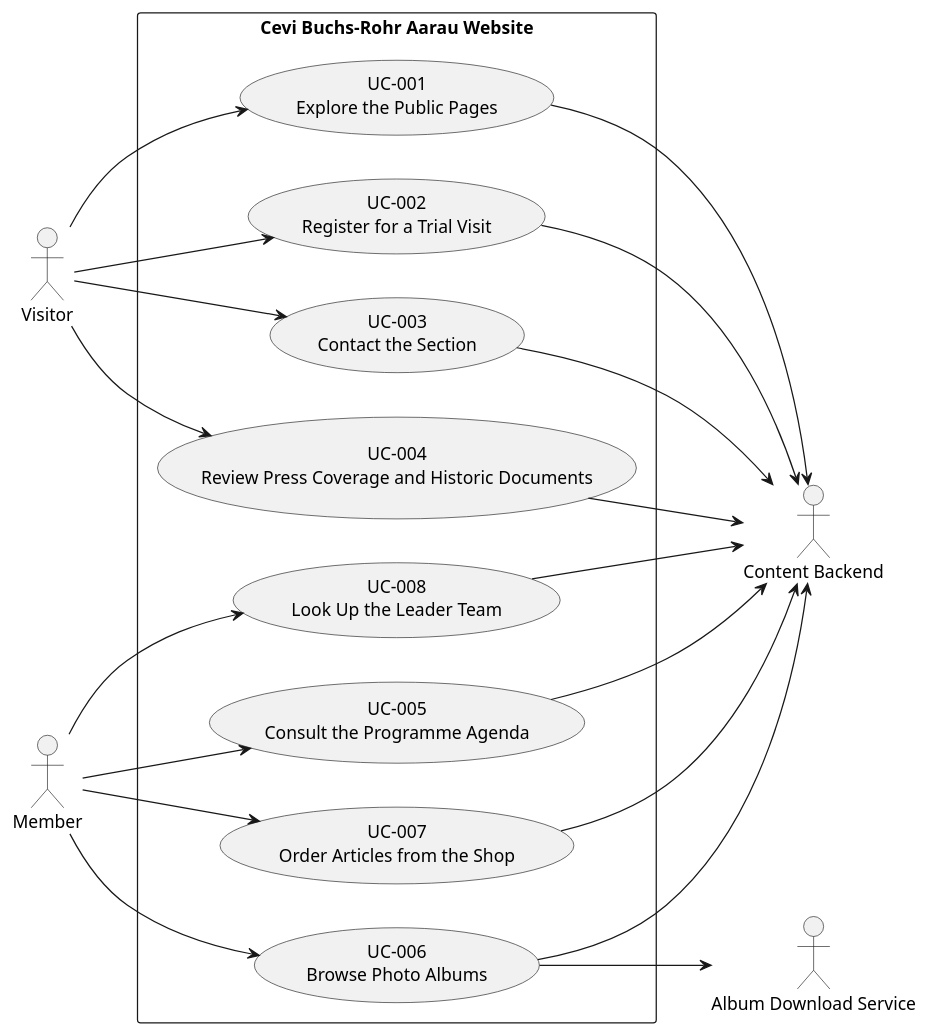
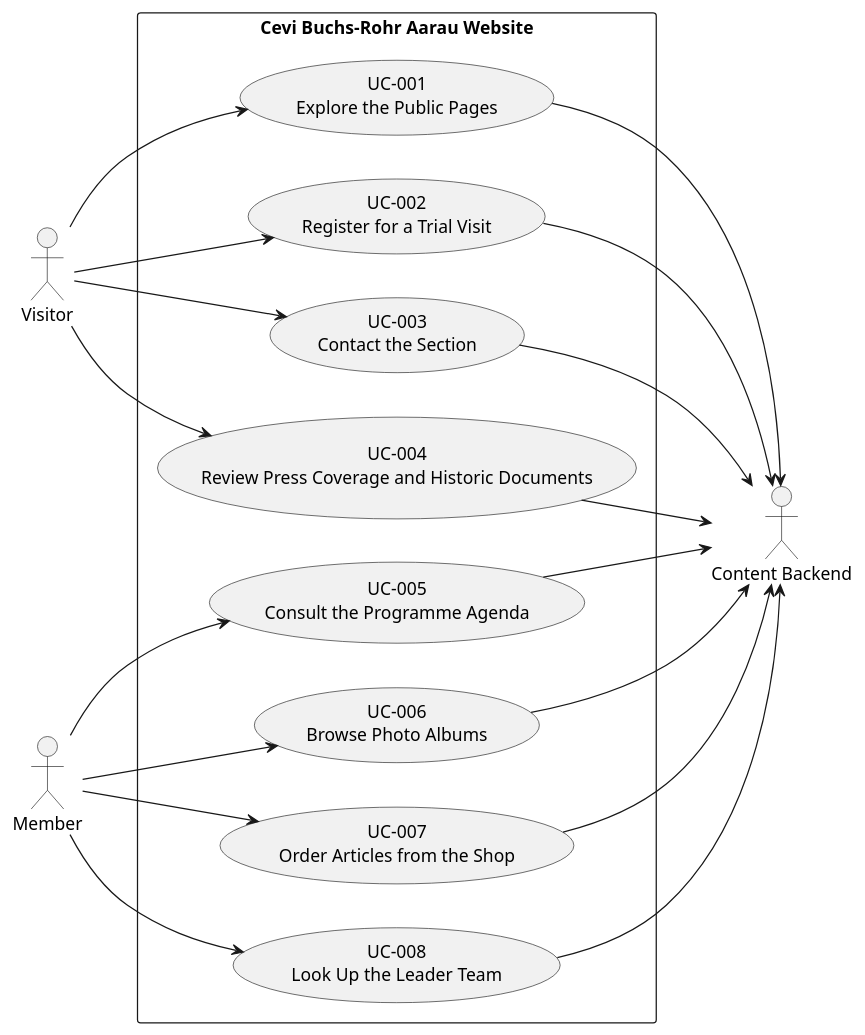
One commit to CeviBuroAarau/cevi-buchs-rohr-aarau-website changed the diagram in docs/use_cases.puml. Above: the diagram before and after it, drawn with PlantUML. The commit also changed 67 other files, not shown here.

```diff
--- a/docs/use_cases.puml
+++ b/docs/use_cases.puml
@@ -1,40 +1,38 @@
 @startuml Use Cases Overview
 left to right direction
 
 actor "Visitor" as visitor
 actor "Member" as member
 actor "Content Backend" as cms
-actor "Album Download Service" as albumservice
 
 rectangle "Cevi Buchs-Rohr Aarau Website" {
     usecase "UC-001\nExplore the Public Pages" as UC001
     usecase "UC-002\nRegister for a Trial Visit" as UC002
     usecase "UC-003\nContact the Section" as UC003
     usecase "UC-004\nReview Press Coverage and Historic Documents" as UC004
     usecase "UC-005\nConsult the Programme Agenda" as UC005
     usecase "UC-006\nBrowse Photo Albums" as UC006
     usecase "UC-007\nOrder Articles from the Shop" as UC007
     usecase "UC-008\nLook Up the Leader Team" as UC008
 }
 
 visitor --> UC001
 visitor --> UC002
 visitor --> UC003
 visitor --> UC004
 
 member --> UC005
 member --> UC006
 member --> UC007
 member --> UC008
 
 UC001 --> cms
 UC002 --> cms
 UC003 --> cms
 UC004 --> cms
 UC005 --> cms
 UC006 --> cms
-UC006 --> albumservice
 UC007 --> cms
 UC008 --> cms
 
 @enduml
```
